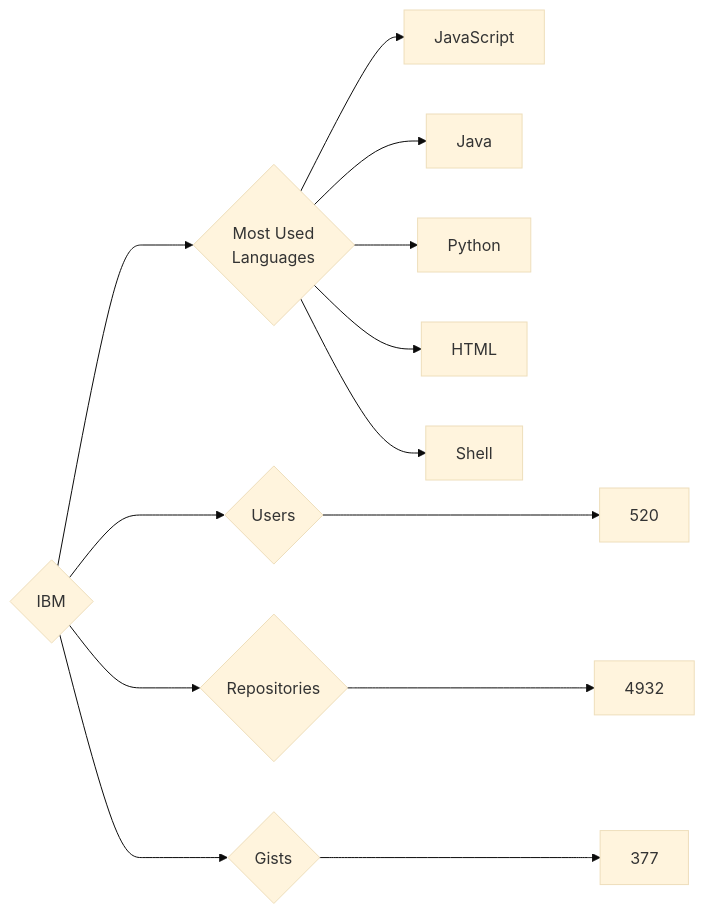
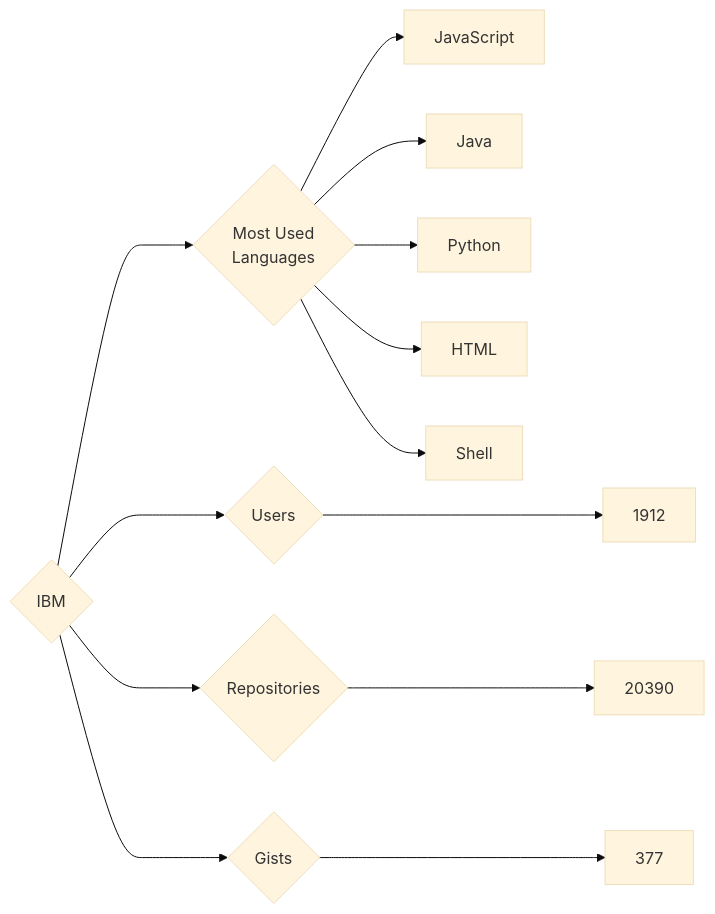
One commit to trickest/insiders changed the diagram in targets/IBM/README.md. Above: the diagram before and after it, drawn with Mermaid (base theme). The commit also changed 736 other files, not shown here.

````diff
--- a/targets/IBM/README.md
+++ b/targets/IBM/README.md
@@ -3,13 +3,13 @@
 ```mermaid
 graph LR
 COMPANY_NAME{IBM}
-COMPANY_NAME ---> U{Users} ---> UN[520]
-COMPANY_NAME ---> R{Repositories} ---> RN[4932]
+COMPANY_NAME ---> U{Users} ---> UN[1912]
+COMPANY_NAME ---> R{Repositories} ---> RN[20390]
 COMPANY_NAME ---> G{Gists} ---> GN[377]
 COMPANY_NAME ---> ML{Most Used<br>Languages}
 ML --> JavaScript[JavaScript]
 ML --> Java[Java]
 ML --> Python[Python]
 ML --> HTML[HTML]
 ML --> Shell[Shell]
 ```
````
